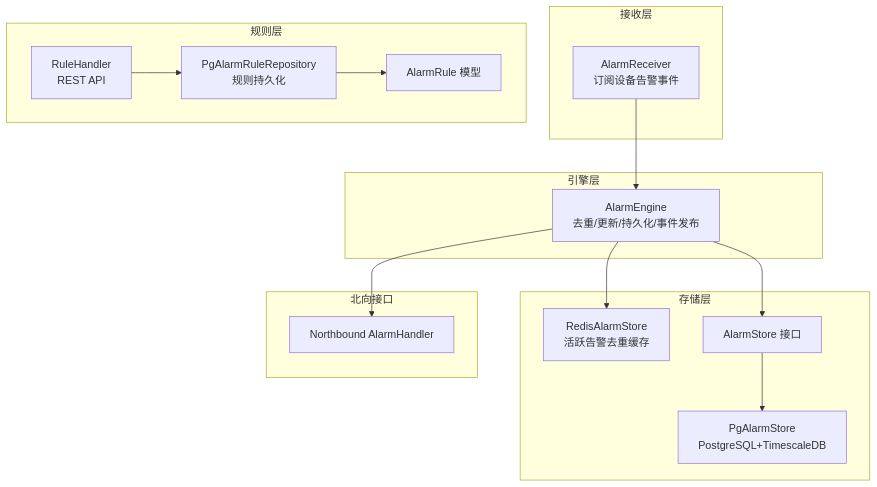
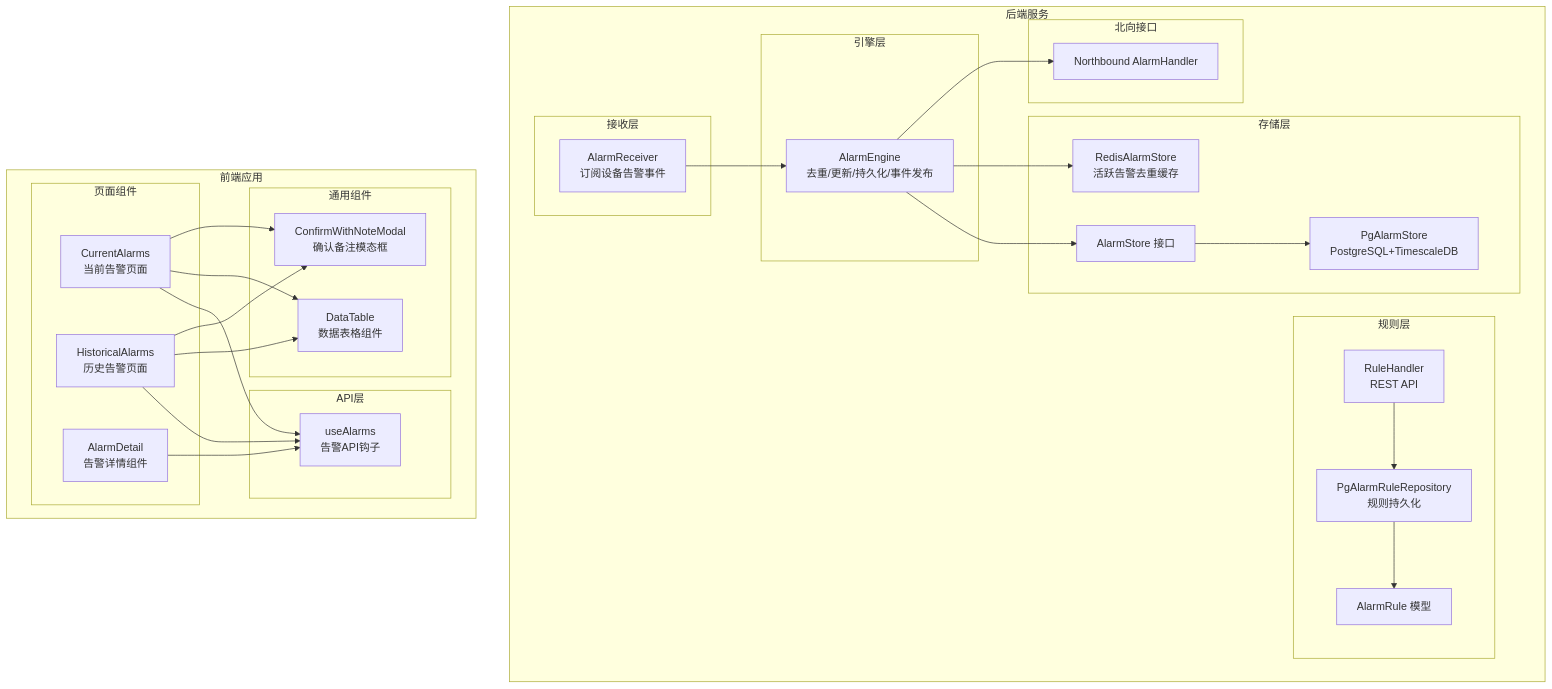
The first of 5 diagrams in .qoder/repowiki/zh/content/核心模块/告警管理模块/告警管理模块.md (bixinhaner/xomc), drawn with Mermaid before and after one commit. The commit also changed other lines of this file and 4 other files, not shown here.

````diff
--- a/.qoder/repowiki/zh/content/核心模块/告警管理模块/告警管理模块.md
+++ b/.qoder/repowiki/zh/content/核心模块/告警管理模块/告警管理模块.md
@@ -47,29 +72,52 @@
 ```mermaid
 graph TB
+subgraph "后端服务"
 subgraph "接收层"
 R["AlarmReceiver<br/>订阅设备告警事件"]
 end
 subgraph "引擎层"
 E["AlarmEngine<br/>去重/更新/持久化/事件发布"]
 end
 subgraph "存储层"
 RS["RedisAlarmStore<br/>活跃告警去重缓存"]
 PS["PgAlarmStore<br/>PostgreSQL+TimescaleDB"]
 IF["AlarmStore 接口"]
 end
 subgraph "规则层"
 RH["RuleHandler<br/>REST API"]
 RR["PgAlarmRuleRepository<br/>规则持久化"]
 RM["AlarmRule 模型"]
 end
 subgraph "北向接口"
 NH["Northbound AlarmHandler"]
 end
 R --> E
 E --> RS
 E --> IF
 IF --> PS
 RH --> RR
 RR --> RM
 E --> NH
+end
+subgraph "前端应用"
+subgraph "页面组件"
+CA["CurrentAlarms<br/>当前告警页面"]
+HA["HistoricalAlarms<br/>历史告警页面"]
+AD["AlarmDetail<br/>告警详情组件"]
+end
+subgraph "通用组件"
+CNM["ConfirmWithNoteModal<br/>确认备注模态框"]
+DT["DataTable<br/>数据表格组件"]
+end
+subgraph "API层"
+UA["useAlarms<br/>告警API钩子"]
+end
+CA --> CNM
+HA --> CNM
+CA --> DT
+HA --> DT
+CA --> UA
+HA --> UA
+AD --> UA
+end
 ```
````
